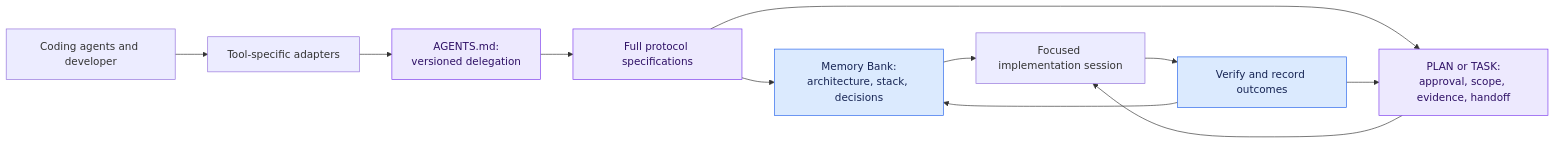
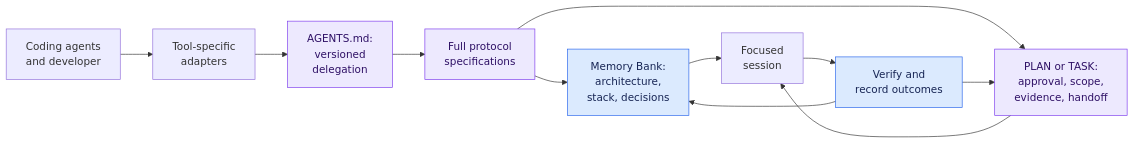
The first of 4 diagrams in README.md (AlexDubel/AIMemBankAndCDIP-tmpl), drawn with Mermaid before and after one commit. The commit also changed other lines of this file and 1 other file, not shown here.

Commit message:
Format Mermaid diagram node labels to prevent horizontal text clipping on GitHub

````diff
--- a/README.md
+++ b/README.md
@@ -149,17 +149,17 @@
 ```mermaid
 flowchart LR
-    Agents["Coding agents and developer"] --> Adapters["Tool-specific adapters"]
-    Adapters --> Entry["AGENTS.md:<br/>versioned delegation"]
-    Entry --> Specs["Full protocol specifications"]
-    Specs --> Context["Memory Bank:<br/>architecture, stack, decisions"]
-    Specs --> Work["PLAN or TASK:<br/>approval, scope, evidence, handoff"]
-    Context --> Session["Focused implementation session"]
+    Agents["Coding agents<br/>and developer"] --> Adapters["Tool-specific<br/>adapters"]
+    Adapters --> Entry["AGENTS.md:<br/>versioned<br/>delegation"]
+    Entry --> Specs["Full protocol<br/>specifications"]
+    Specs --> Context["Memory Bank:<br/>architecture,<br/>stack, decisions"]
+    Specs --> Work["PLAN or TASK:<br/>approval, scope,<br/>evidence, handoff"]
+    Context --> Session["Focused<br/>session"]
     Work --> Session
-    Session --> Update["Verify and record outcomes"]
+    Session --> Update["Verify and<br/>record outcomes"]
     Update --> Context
     Update --> Work
     classDef knowledge fill:#dbeafe,stroke:#2563eb,color:#172554
     classDef control fill:#ede9fe,stroke:#7c3aed,color:#2e1065
     class Context,Update knowledge
     class Entry,Specs,Work control
 ```
````
